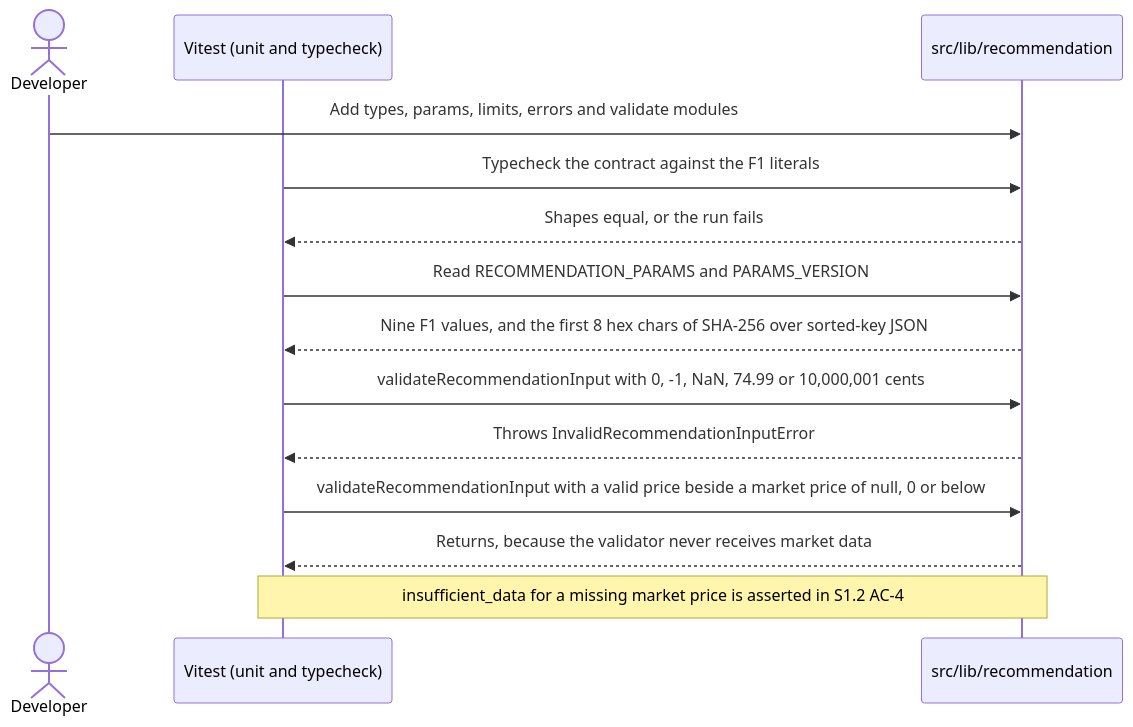
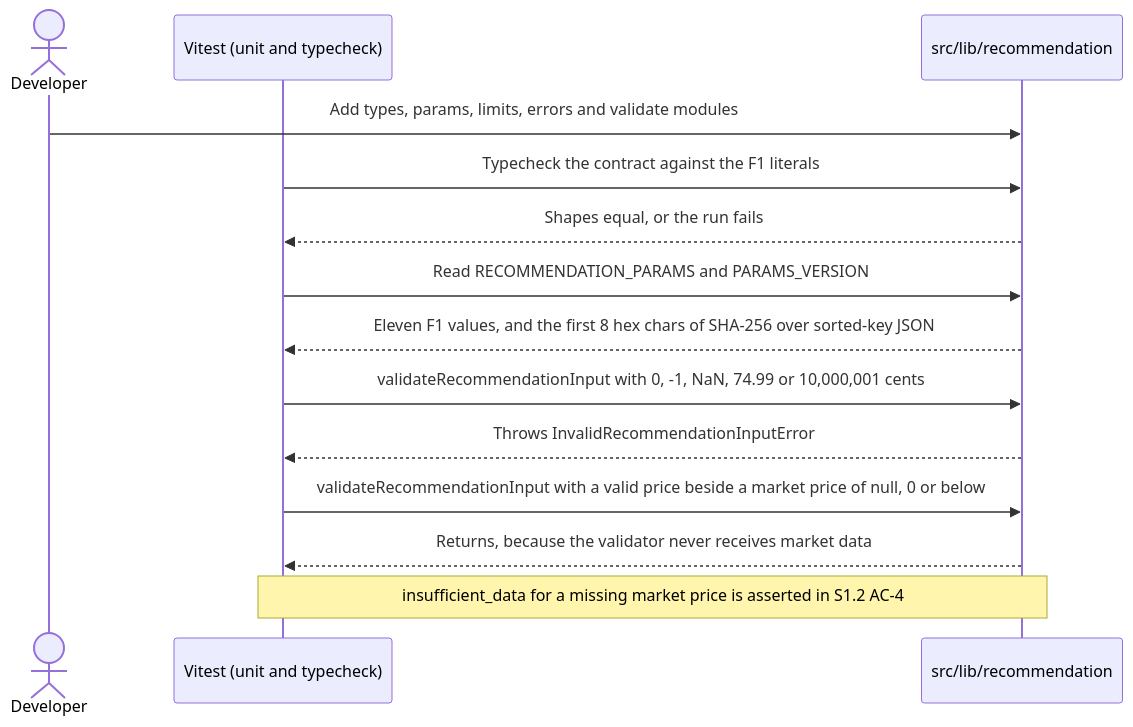
Before and after one commit to ayfor/mox-market: the second of 3 diagrams in docs/plans/S1.1-engine-contract-tooling.md, drawn with Mermaid. The commit also changed other lines of this file, not shown here.

````diff
--- a/docs/plans/S1.1-engine-contract-tooling.md
+++ b/docs/plans/S1.1-engine-contract-tooling.md
@@ -109,16 +109,16 @@
 ```mermaid
 sequenceDiagram
     actor DEV as Developer
     participant VT as Vitest (unit and typecheck)
     participant EN as src/lib/recommendation
     DEV->>EN: Add types, params, limits, errors and validate modules
     VT->>EN: Typecheck the contract against the F1 literals
     EN-->>VT: Shapes equal, or the run fails
     VT->>EN: Read RECOMMENDATION_PARAMS and PARAMS_VERSION
-    EN-->>VT: Nine F1 values, and the first 8 hex chars of SHA-256 over sorted-key JSON
+    EN-->>VT: Eleven F1 values, and the first 8 hex chars of SHA-256 over sorted-key JSON
     VT->>EN: validateRecommendationInput with 0, -1, NaN, 74.99 or 10,000,001 cents
     EN-->>VT: Throws InvalidRecommendationInputError
     VT->>EN: validateRecommendationInput with a valid price beside a market price of null, 0 or below
     EN-->>VT: Returns, because the validator never receives market data
     Note over VT,EN: insufficient_data for a missing market price is asserted in S1.2 AC-4
 ```
````
